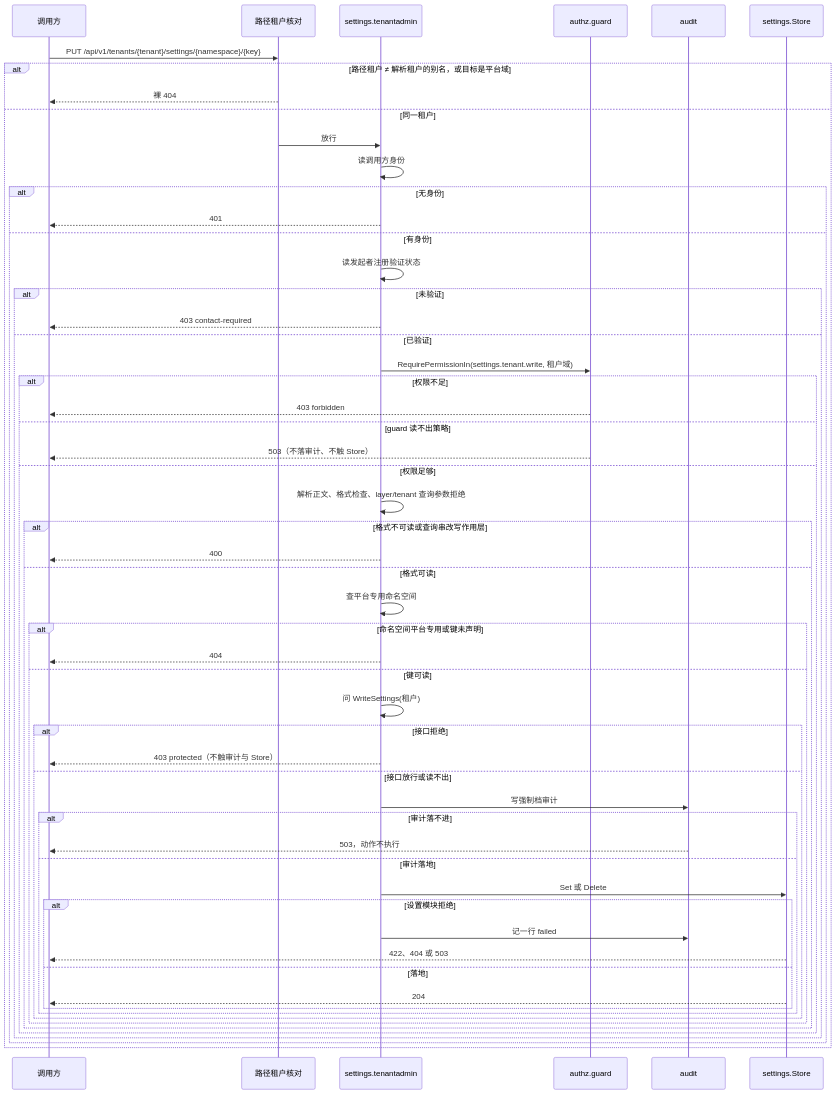
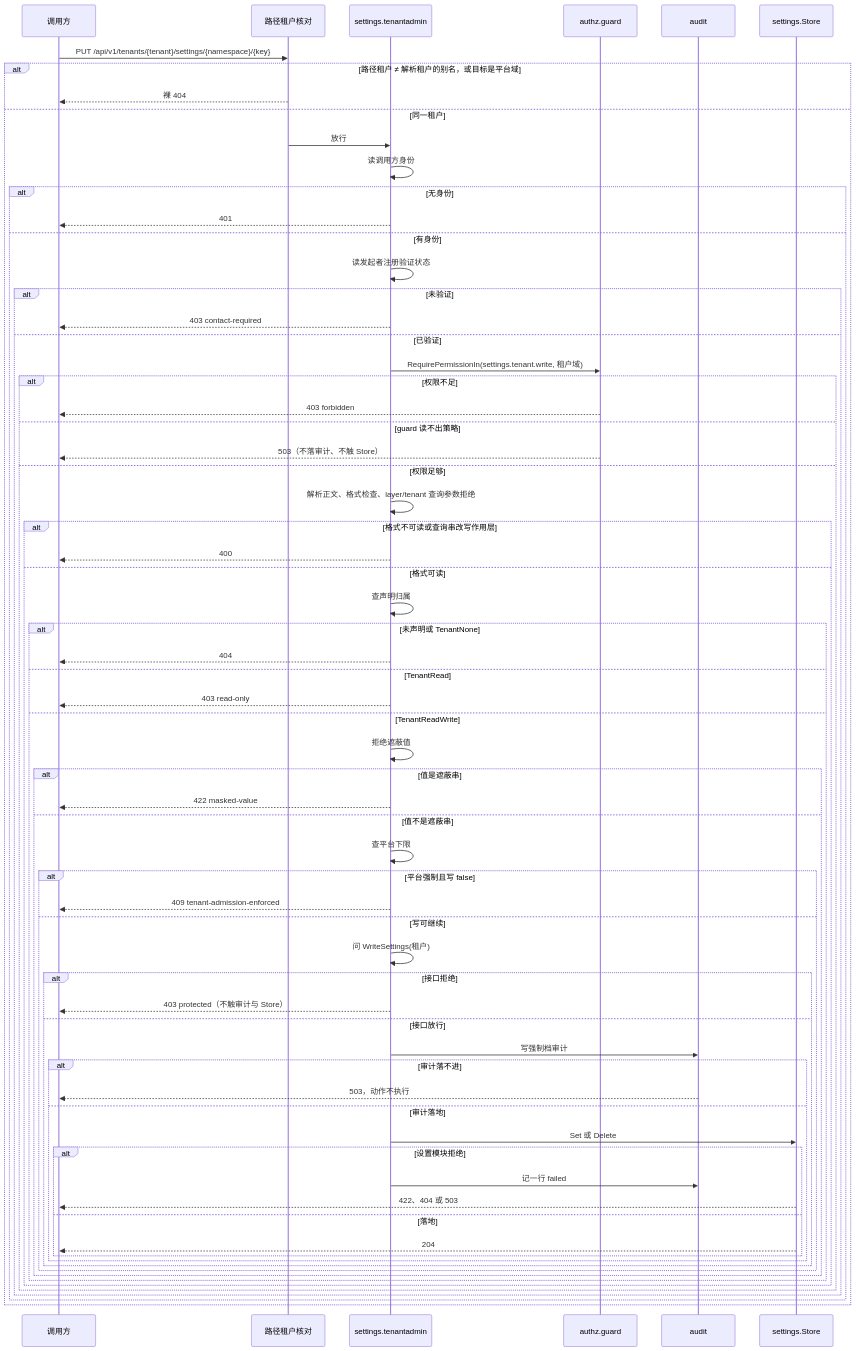
One commit to wangzw/speed changed the diagram in docs/design/modules/settings/design-settings-tenantadmin.md. Above: the diagram before and after it, drawn with Mermaid. The commit also changed other lines of this file and 8 other files, not shown here.

First line of the commit message:
docs(settings): describe the two-policy tenant surface

````diff
--- a/docs/design/modules/settings/design-settings-tenantadmin.md
+++ b/docs/design/modules/settings/design-settings-tenantadmin.md
@@ -127,60 +138,72 @@
 ```mermaid
 sequenceDiagram
     participant C as 调用方
     participant T as 路径租户核对
     participant H as settings.tenantadmin
     participant G as authz.guard
     participant A as audit
     participant S as settings.Store
 
     C->>T: PUT /api/v1/tenants/{tenant}/settings/{namespace}/{key}
     alt 路径租户 ≠ 解析租户的别名，或目标是平台域
         T-->>C: 裸 404
     else 同一租户
         T->>H: 放行
         H->>H: 读调用方身份
         alt 无身份
             H-->>C: 401
         else 有身份
             H->>H: 读发起者注册验证状态
             alt 未验证
                 H-->>C: 403 contact-required
             else 已验证
                 H->>G: RequirePermissionIn(settings.tenant.write, 租户域)
                 alt 权限不足
                     G-->>C: 403 forbidden
                 else guard 读不出策略
                     G-->>C: 503（不落审计、不触 Store）
                 else 权限足够
                     H->>H: 解析正文、格式检查、layer/tenant 查询参数拒绝
                     alt 格式不可读或查询串改写作用层
                         H-->>C: 400
                     else 格式可读
-                        H->>H: 查平台专用命名空间
-                        alt 命名空间平台专用或键未声明
+                        H->>H: 查声明归属
+                        alt 未声明或 TenantNone
                             H-->>C: 404
-                        else 键可读
-                            H->>H: 问 WriteSettings(租户)
-                            alt 接口拒绝
-                                H-->>C: 403 protected（不触审计与 Store）
-                            else 接口放行或读不出
-                                H->>A: 写强制档审计
-                                alt 审计落不进
-                                    A-->>C: 503，动作不执行
-                                else 审计落地
-                                    H->>S: Set 或 Delete
-                                    alt 设置模块拒绝
-                                        H->>A: 记一行 failed
-                                        S-->>C: 422、404 或 503
-                                    else 落地
-                                        S-->>C: 204
+                        else TenantRead
+                            H-->>C: 403 read-only
+                        else TenantReadWrite
+                            H->>H: 拒绝遮蔽值
+                            alt 值是遮蔽串
+                                H-->>C: 422 masked-value
+                            else 值不是遮蔽串
+                                H->>H: 查平台下限
+                                alt 平台强制且写 false
+                                    H-->>C: 409 tenant-admission-enforced
+                                else 写可继续
+                                    H->>H: 问 WriteSettings(租户)
+                                    alt 接口拒绝
+                                        H-->>C: 403 protected（不触审计与 Store）
+                                    else 接口放行
+                                        H->>A: 写强制档审计
+                                        alt 审计落不进
+                                            A-->>C: 503，动作不执行
+                                        else 审计落地
+                                            H->>S: Set 或 Delete
+                                            alt 设置模块拒绝
+                                                H->>A: 记一行 failed
+                                                S-->>C: 422、404 或 503
+                                            else 落地
+                                                S-->>C: 204
+                                            end
+                                        end
                                     end
                                 end
                             end
                         end
                     end
                 end
             end
         end
     end
 ```
````
